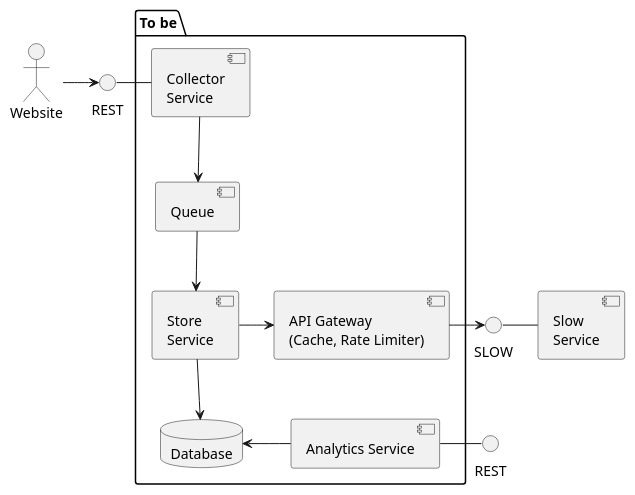
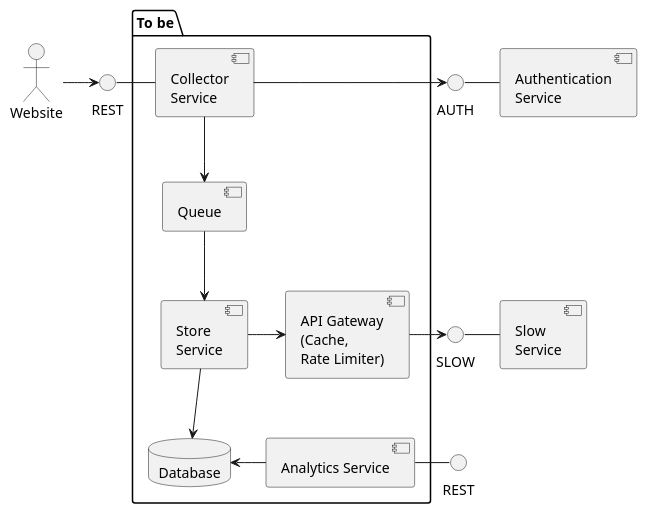
The diagram in exercise1/architecture.puml (civitz/example-assignment), drawn with PlantUML before and after one commit. The commit also changed 3 other files, not shown here.

Commit message:
Consider authentication in diagram

```diff
--- a/exercise1/architecture.puml
+++ b/exercise1/architecture.puml
@@ -1,30 +1,34 @@
 @startuml
 actor Website
 interface SLOW
 component [Slow\nService] as SL
+interface AUTH
+component [Authentication\nService] as AuthS
 
 package "To be" {
 component [Collector\nService] as CS
 component [Queue] as Qu
 component [Store\nService] as SS
-component [API Gateway\n(Cache, Rate Limiter)] as GW
+component [API Gateway\n(Cache,\nRate Limiter)] as GW
 component [Analytics Service] as AS
 database Database as DB
 }
 interface REST as RC
 interface REST as RA
 
 Website -> RC
 RC - CS
+CS -> AUTH
+AUTH - AuthS
 CS -down-> Qu
 Qu -down-> SS
 SS -> GW 
 GW -> SLOW
 SLOW - SL
 SS -down-> DB
 DB <- AS
 AS - RA
 
 
 
 @enduml
```
